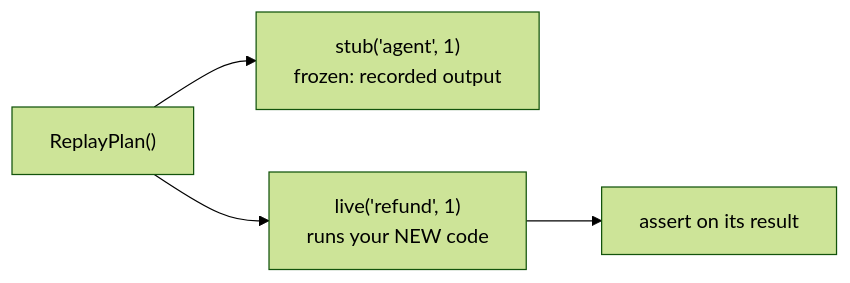
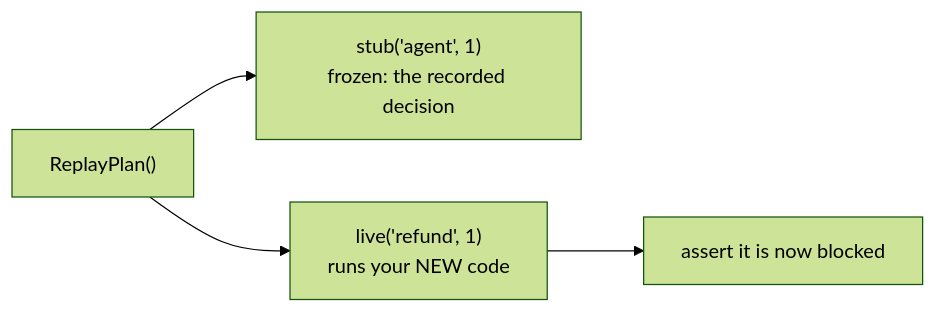
One commit to theagentplane/chronicle changed the second of 2 diagrams in docs/onboarding.md. Above: the diagram before and after it, drawn with Mermaid (forest theme). The commit also changed other lines of this file, not shown here.

````diff
--- a/docs/onboarding.md
+++ b/docs/onboarding.md
@@ -233,6 +256,6 @@
 ```mermaid
 flowchart LR
-  P["ReplayPlan()"] --> S["stub('agent', 1)<br/>frozen: recorded output"]
+  P["ReplayPlan()"] --> S["stub('agent', 1)<br/>frozen: the recorded decision"]
   P --> L["live('refund', 1)<br/>runs your NEW code"]
-  L --> A["assert on its result"]
+  L --> A["assert it is now blocked"]
 ```
````
